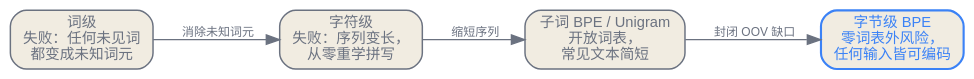
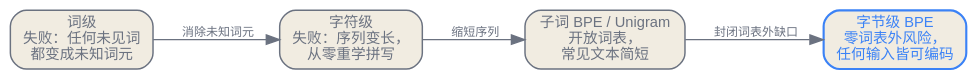
Before and after one commit to latere-ai/ai-as-an-infrastructure: the second of 2 diagrams in zh/foundations/03-tokenization.qmd, drawn with Graphviz. The commit also changed other lines of this file and 1 other file, not shown here.

````diff
--- a/zh/foundations/03-tokenization.qmd
+++ b/zh/foundations/03-tokenization.qmd
@@ -113,19 +113,19 @@
 ```{dot}
 //| label: fig-tokenization-evolution
 //| fig-cap: "从词级到字节级分词的谱系。每条箭头都标注了下一阶段所消除的失败。字节级 BPE 彻底封闭了词表外的缺口。"
 digraph evolution {
   bgcolor="transparent";
   rankdir=LR;
   node [shape=box, fontname="Helvetica", fontsize=11, style="rounded,filled", fillcolor="#f1ece1", color="#6b7280", fontcolor="#6b7280", penwidth=1.1];
   edge [fontname="Helvetica", fontsize=9, color="#6b7280", fontcolor="#6b7280"];
 
   word    [label="词级\n失败：任何未见词\n都变成未知词元"];
   char    [label="字符级\n失败：序列变长，\n从零重学拼写"];
   subword [label="子词 BPE / Unigram\n开放词表，\n常见文本简短"];
   byte    [label="字节级 BPE\n零词表外风险，\n任何输入皆可编码", color="#3b82f6", fontcolor="#3b82f6", penwidth=1.6];
 
   word    -> char    [label="  消除未知词元"];
   char    -> subword [label="  缩短序列"];
-  subword -> byte    [label="  封闭 OOV 缺口"];
+  subword -> byte    [label="  封闭词表外缺口"];
 }
 ```
````
